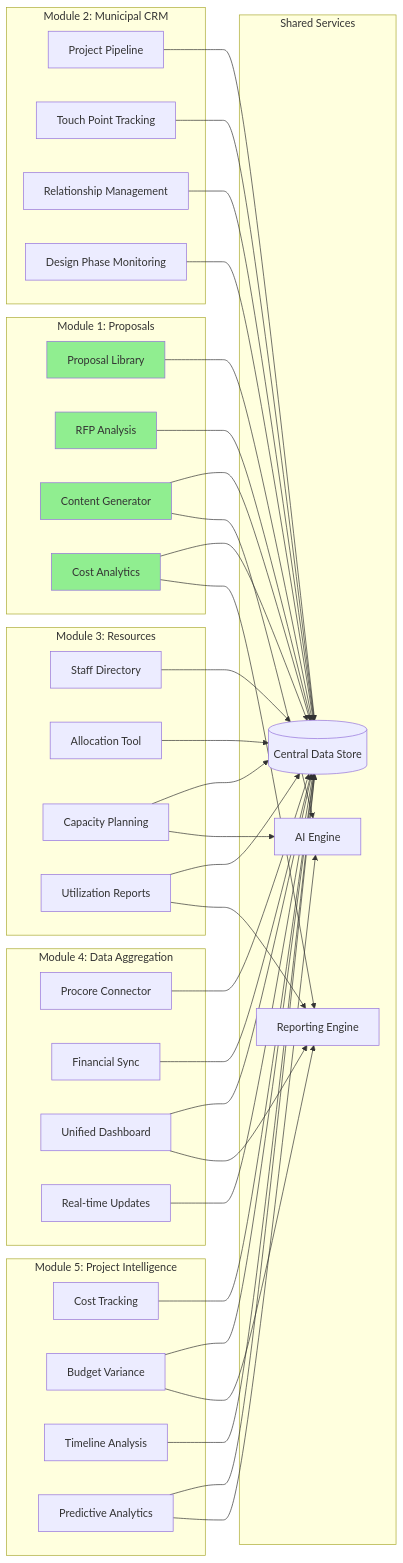
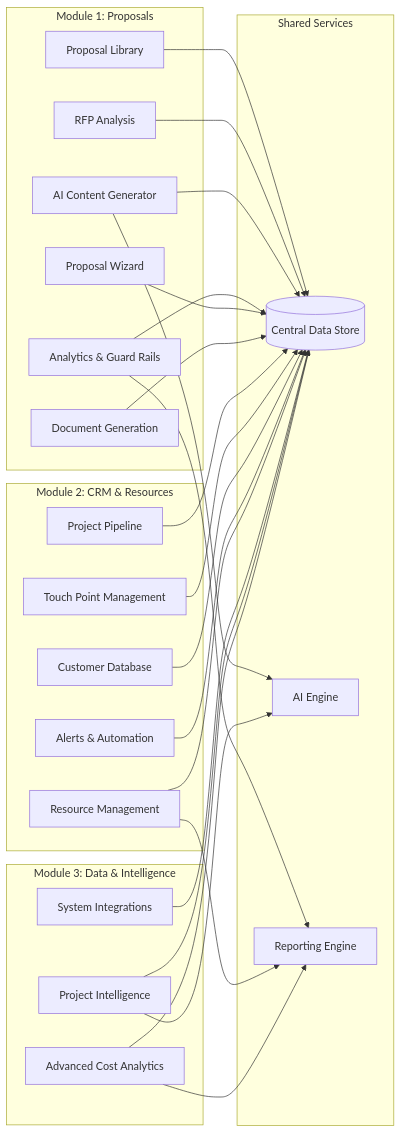
One commit to elikiedrowski/ECI_Site_Construction changed the second of 15 diagrams in POC-Implementation-Plan.md. Above: the diagram before and after it, drawn with Mermaid. The commit also changed other lines of this file and 1 other file, not shown here.

First line of the commit message:
Align implementation plan and cost estimate to 3-module SOW

````diff
--- a/POC-Implementation-Plan.md
+++ b/POC-Implementation-Plan.md
@@ -366,60 +120,40 @@
 ```mermaid
 graph LR
     subgraph "Module 1: Proposals"
         P1[Proposal Library]
         P2[RFP Analysis]
-        P3[Content Generator]
-        P4[Cost Analytics]
+        P3[AI Content Generator]
+        P4[Analytics & Guard Rails]
+        P5[Proposal Wizard]
+        P6[Document Generation]
     end
-    
-    subgraph "Module 2: Municipal CRM"
+
+    subgraph "Module 2: CRM & Resources"
         C1[Project Pipeline]
-        C2[Touch Point Tracking]
-        C3[Relationship Management]
-        C4[Design Phase Monitoring]
+        C2[Touch Point Management]
+        C3[Customer Database]
+        C4[Alerts & Automation]
+        C5[Resource Management]
     end
-    
-    subgraph "Module 3: Resources"
-        R1[Staff Directory]
-        R2[Allocation Tool]
-        R3[Capacity Planning]
-        R4[Utilization Reports]
+
+    subgraph "Module 3: Data & Intelligence"
+        D1[System Integrations]
+        D2[Project Intelligence]
+        D3[Advanced Cost Analytics]
     end
-    
-    subgraph "Module 4: Data Aggregation"
-        D1[Procore Connector]
-        D2[Financial Sync]
-        D3[Unified Dashboard]
-        D4[Real-time Updates]
-    end
-    
-    subgraph "Module 5: Project Intelligence"
-        I1[Cost Tracking]
-        I2[Budget Variance]
-        I3[Timeline Analysis]
-        I4[Predictive Analytics]
-    end
-    
+
     subgraph "Shared Services"
         S1[(Central Data Store)]
         S2[AI Engine]
         S3[Reporting Engine]
     end
-    
-    P1 & P2 & P3 & P4 --> S1
-    C1 & C2 & C3 & C4 --> S1
-    R1 & R2 & R3 & R4 --> S1
-    D1 & D2 & D3 & D4 --> S1
-    I1 & I2 & I3 & I4 --> S1
-    
+
+    P1 & P2 & P3 & P4 & P5 & P6 --> S1
+    C1 & C2 & C3 & C4 & C5 --> S1
+    D1 & D2 & D3 --> S1
+
     P3 --> S2
-    R3 --> S2
-    I4 --> S2
-    
-    P4 & R4 & D3 & I2 --> S3
-    
-    style P1 fill:#90EE90
-    style P2 fill:#90EE90
-    style P3 fill:#90EE90
-    style P4 fill:#90EE90
+    D2 --> S2
+
+    P4 & C5 & D3 --> S3
 ```
````
